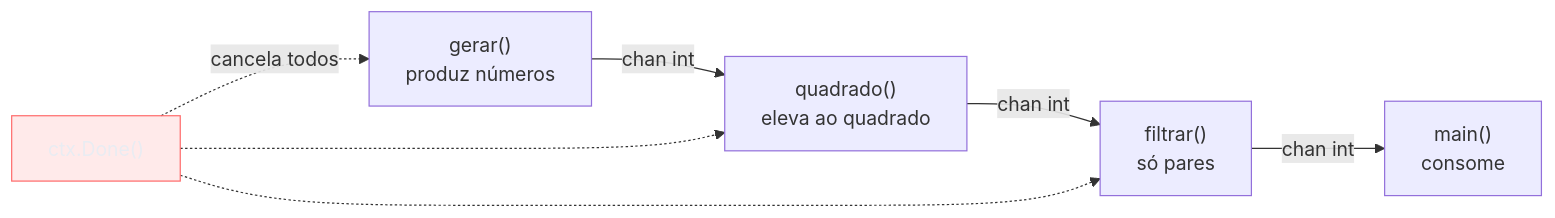
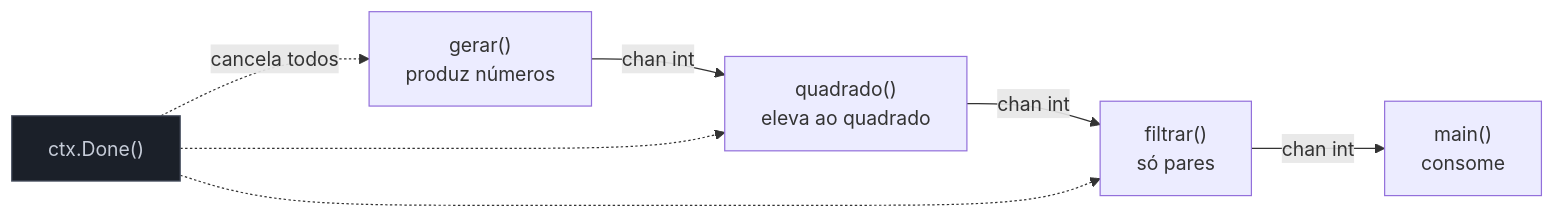
Before and after one commit to josenaldo/codex-technomanticus: the third of 3 diagrams in 03-Dominios/Tecnologia/Go/09 - Sincronização e context/08 - Padrões de concorrência idiomáticos.md, drawn with Mermaid. The commit also changed 601 other files, not shown here.

````diff
--- a/03-Dominios/Tecnologia/Go/09 - Sincronização e context/08 - Padrões de concorrência idiomáticos.md
+++ b/03-Dominios/Tecnologia/Go/09 - Sincronização e context/08 - Padrões de concorrência idiomáticos.md
@@ -194,13 +194,13 @@
 ```mermaid
 flowchart LR
-    classDef falha fill:#FF6B6B24,stroke:#FF6B6B,color:#E9ECF2
+    classDef neutro fill:#1B2029,stroke:#4E5666,color:#C6CCD8
     Gen["gerar()\nproduz números"] -->|chan int| Sq["quadrado()\neleva ao quadrado"]
     Sq -->|chan int| Filter["filtrar()\nsó pares"]
     Filter -->|chan int| Main["main()\nconsome"]
 
     Ctx["ctx.Done()"] -.->|cancela todos| Gen
     Ctx -.-> Sq
     Ctx -.-> Filter
 
-    class Ctx falha
+    class Ctx neutro
 ```
````
